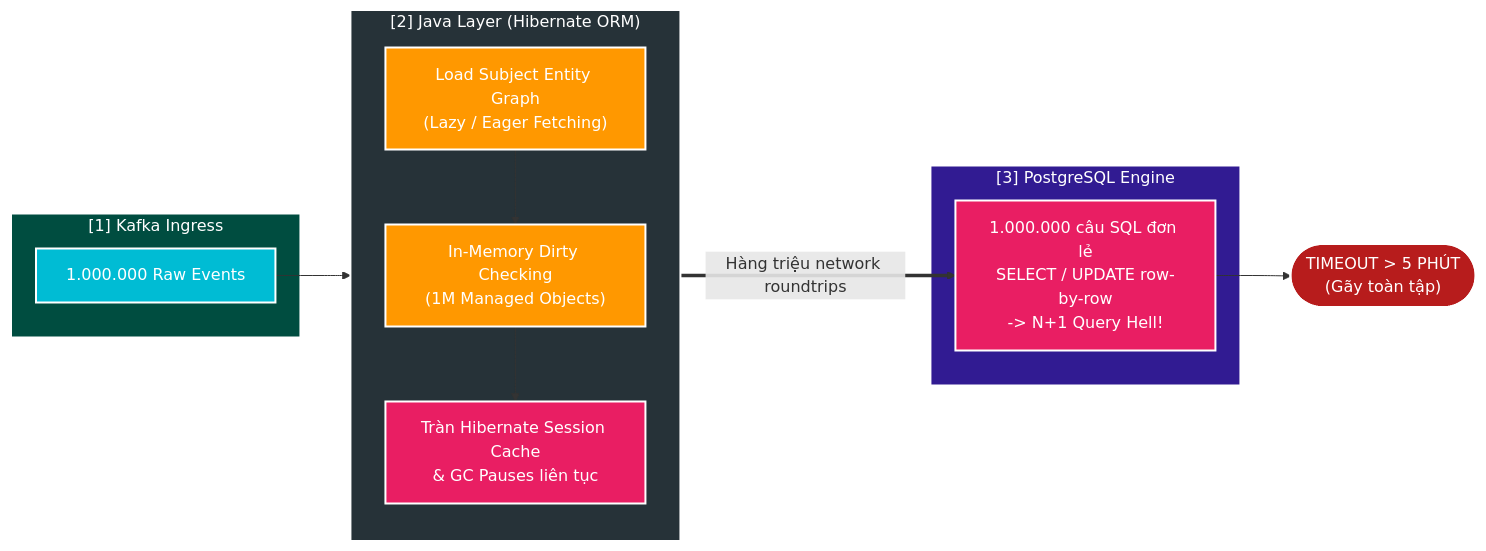
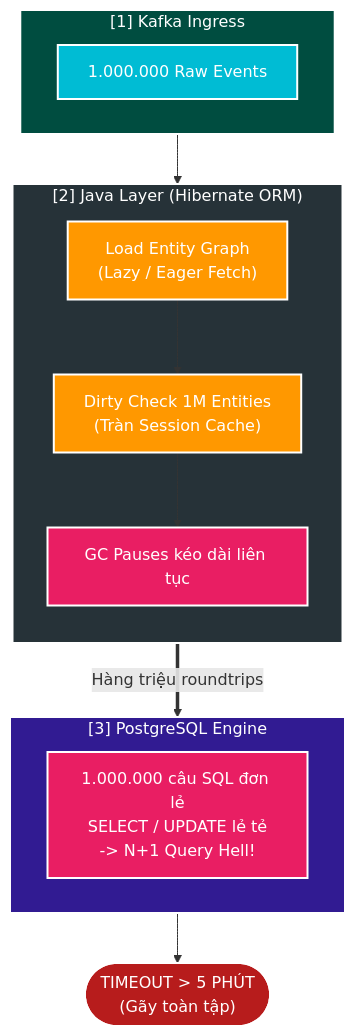
Before and after one commit to HungPhan200591/file-mngt-be-v2: the second of 6 diagrams in manual/learning/deep-dive/catalog-service/01-catalog-coalescing-and-reconciliation-deep-dive.md, drawn with Mermaid. The commit also changed other lines of this file and 2 other files, not shown here.

Commit message:
feat: update documentation for catalog coalescing and reconciliation, enhance flowcharts, and add Kafka producer configuration

````diff
--- a/manual/learning/deep-dive/catalog-service/01-catalog-coalescing-and-reconciliation-deep-dive.md
+++ b/manual/learning/deep-dive/catalog-service/01-catalog-coalescing-and-reconciliation-deep-dive.md
@@ -142,28 +142,28 @@
 ```mermaid
-flowchart LR
+flowchart TD
     subgraph INGRESS1["[1] Kafka Ingress"]
         K1["1.000.000 Raw Events"]
     end
     subgraph JVM1["[2] Java Layer (Hibernate ORM)"]
         direction TB
-        E1["Load Subject Entity Graph\n(Lazy / Eager Fetching)"]
-        E2["In-Memory Dirty Checking\n(1M Managed Objects)"]
-        E3["Tràn Hibernate Session Cache\n& GC Pauses liên tục"]
+        E1["Load Entity Graph\n(Lazy / Eager Fetch)"]
+        E2["Dirty Check 1M Entities\n(Tràn Session Cache)"]
+        E3["GC Pauses kéo dài liên tục"]
         E1 --> E2 --> E3
     end
     subgraph DB1["[3] PostgreSQL Engine"]
-        SQL1["1.000.000 câu SQL đơn lẻ\nSELECT / UPDATE row-by-row\n-> N+1 Query Hell!"]
+        SQL1["1.000.000 câu SQL đơn lẻ\nSELECT / UPDATE lẻ tẻ\n-> N+1 Query Hell!"]
     end
-    K1 --> E1
-    E3 ==>|"Hàng triệu network roundtrips"| SQL1
-    SQL1 --> DEAD1(["TIMEOUT > 5 PHÚT\n(Gãy toàn tập)"])
+    INGRESS1 --> JVM1
+    JVM1 ==>|"Hàng triệu roundtrips"| DB1
+    DB1 --> DEAD1(["TIMEOUT > 5 PHÚT\n(Gãy toàn tập)"])
     style INGRESS1 fill:#004D40,stroke:#fff,stroke-width:2px,color:#fff
     style K1 fill:#00BCD4,stroke:#fff,stroke-width:2px,color:#fff
     style JVM1 fill:#263238,stroke:#fff,stroke-width:2px,color:#fff
     style E1 fill:#FF9800,stroke:#fff,stroke-width:2px,color:#fff
     style E2 fill:#FF9800,stroke:#fff,stroke-width:2px,color:#fff
     style E3 fill:#E91E63,stroke:#fff,stroke-width:2px,color:#fff
     style DB1 fill:#311B92,stroke:#fff,stroke-width:2px,color:#fff
     style SQL1 fill:#E91E63,stroke:#fff,stroke-width:2px,color:#fff
     style DEAD1 fill:#B71C1C,stroke:#fff,stroke-width:2px,color:#fff
 ```
````
